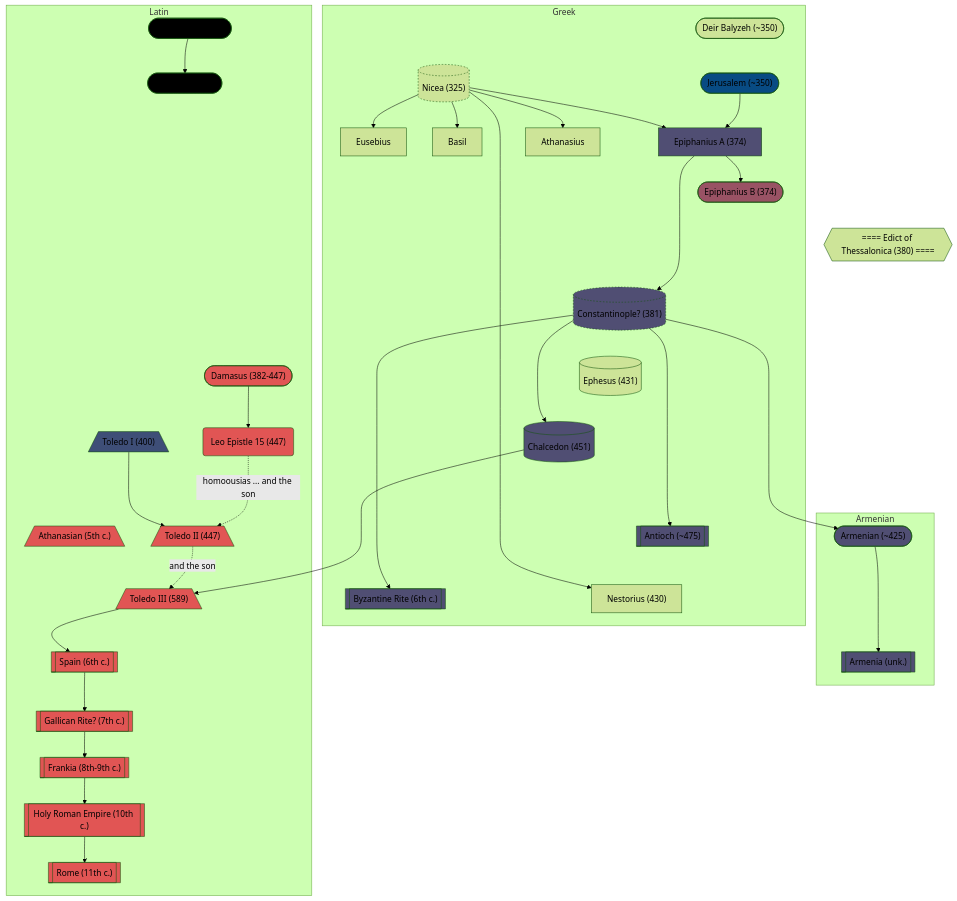
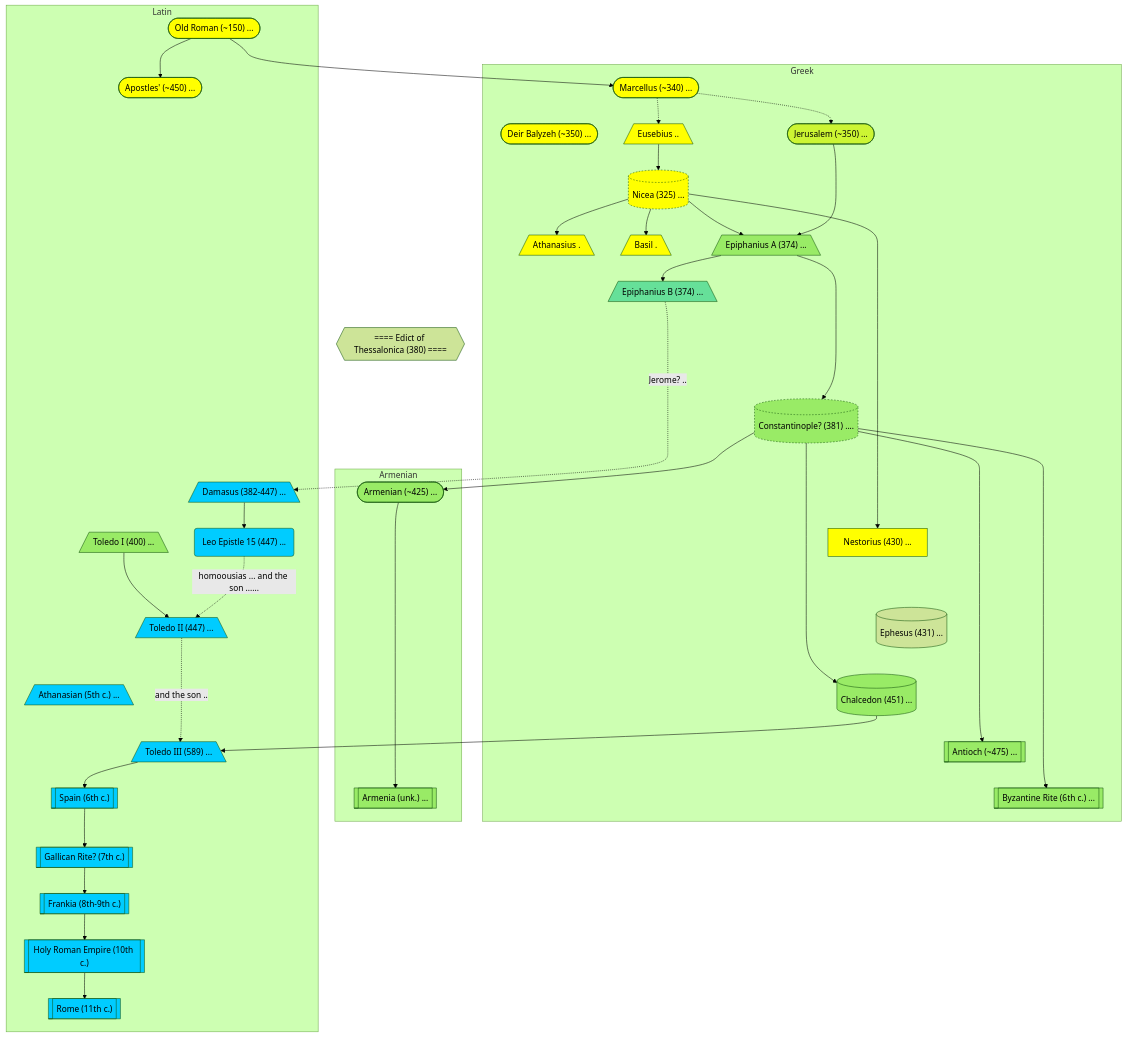
Before and after one commit to npmccallum/filioque: the second of 2 diagrams in README.md, drawn with Mermaid (forest theme). The commit also changed other lines of this file, not shown here.

```diff
--- a/README.md
+++ b/README.md
@@ -44,38 +44,52 @@
     epiphaniusb ~~~ edict
 
     subgraph Greek
-        deirbalyzeh(["Deir Balyzeh (~350)"])
-        deirbalyzeh ~~~ jerusalem
+        marcellus(["Marcellus (~340)    ..."])
+        style marcellus fill:#FFFF00
 
-        jerusalem(["Jerusalem (~350)"])
-        style jerusalem fill:#084B83
+        deirbalyzeh(["Deir Balyzeh (~350)    ..."])
+        style deirbalyzeh fill:#FFFF00
+
+        marcellus ~~~ deirbalyzeh ~~~ marcellus
+
+        jerusalem(["Jerusalem (~350)    ..."])
+        style jerusalem fill:#CCF533
         
-        nicea[("Nicea (325)")]
-        constantinople[("Constantinople? (381)")]
-        ephesus[("Ephesus (431)")]
-        chalcedon[("Chalcedon (451)")]
+        nicea[("Nicea (325)    ...")]
+        constantinople[("Constantinople? (381) ....")]
+        ephesus[("Ephesus (431)    ...")]
+        chalcedon[("Chalcedon (451)    ...")]
         style nicea stroke-dasharray:3
         style constantinople stroke-dasharray:3
-        style constantinople fill:#504E73
-        style chalcedon fill:#504E73
-        style antiochian fill:#504E73
-        style byzantine fill:#504E73
+        style nicea fill:#FFFF00
+        style constantinople fill:#99EB66
+        style chalcedon fill:#99EB66
+        style antiochian fill:#99EB66
+        style byzantine fill:#99EB66
 
-        nestorius["Nestorius (430)"]
-        eusebius["Eusebius"]
-        basil["Basil"]
-        epiphaniusa["Epiphanius A (374)"]
-        epiphaniusb(["Epiphanius B (374)"])
-        athanasius["Athanasius"]
+        nestorius["Nestorius (430)    ..."]
+        eusebius[/"Eusebius    .."\]
+        athanasius[/"Athanasius    ."\]
+        basil[/"Basil    ."\]
+        epiphaniusa[/"Epiphanius A (374)    ..."\]
+        epiphaniusb[/"Epiphanius B (374)    ..."\]
+        style nestorius fill:#FFFF00
+        style eusebius fill:#FFFF00
+        style basil fill:#FFFF00
+        style athanasius fill:#FFFF00
 
-        style epiphaniusa fill:#504E73
-        style epiphaniusb fill:#995264
+        style epiphaniusa fill:#99EB66
+        style epiphaniusb fill:#66E099
 
-        antiochian[["Antioch (~475)"]]
-        byzantine[["Byzantine Rite (6th c.)"]]
+        antiochian[["Antioch (~475)    ..."]]
+        byzantine[["Byzantine Rite (6th c.)    ..."]]
+
+        marcellus -.-> eusebius
+        marcellus -.-> jerusalem
+        eusebius --> nicea
+        jerusalem ~~~ nicea
 
         nicea --> basil
-        nicea --> eusebius
         nicea --> nestorius
         nicea --> athanasius
         nicea --> epiphaniusa
@@ -89,7 +103,7 @@
         constantinople --> antiochian
         constantinople --> byzantine
 
-        ephesus ~~~ nestorius ~~~ ephesus
+        nestorius ~~~ ephesus
 
         ephesus ~~~ chalcedon
         chalcedon ~~~ antiochian
@@ -98,22 +112,22 @@
     end
 
     subgraph Armenian
-        armenian(["Armenian (~425)"])
-        armenia[["Armenia (unk.)"]]
-        style armenian fill:#504E73
-        style armenia fill:#504E73
+        armenian(["Armenian (~425)    ..."])
+        armenia[["Armenia (unk.)    ..."]]
+        style armenian fill:#99EB66
+        style armenia fill:#99EB66
         armenian --> armenia
     end
 
     subgraph Latin
-        oldroman(["Old Roman (~150)"])
-        damasus(["Damasus (382-447)"])
-        leo("Leo Epistle 15 (447)")
-        apostles(["Apostles' (~450)"])
-        toledoa[/"Toledo I (400)"\]
-        toledob[/"Toledo II (447)"\]
-        toledoc[/"Toledo III (589)"\]
-        athanasian[/"Athanasian (5th c.)"\]
+        oldroman(["Old Roman (~150)    ..."])
+        damasus[/"Damasus (382-447)    ..."\]
+        leo("Leo Epistle 15 (447)    ...")
+        apostles(["Apostles' (~450)    ..."])
+        toledoa[/"Toledo I (400)    ..."\]
+        toledob[/"Toledo II (447)    ..."\]
+        toledoc[/"Toledo III (589)    ..."\]
+        athanasian[/"Athanasian (5th c.)    ..."\]
 
         spain[["Spain (6th c.)"]]
         gallican[["Gallican Rite? (7th c.)"]]
@@ -121,30 +135,30 @@
         hre[["Holy Roman Empire (10th c.)"]]
         rome[["Rome (11th c.)"]]
 
-        style oldroman fill:#000
-        style apostles fill:#000
-        style damasus fill:#E15554
-        style leo fill:#E15554
-        style toledoa fill:#3E4E77
-        style toledob fill:#E15554
-        style toledoc fill:#E15554
-        style athanasian fill:#E15554
-        style spain fill:#E15554
-        style gallican fill:#E15554
-        style athanasian fill:#E15554
-        style frankia fill:#E15554
-        style hre fill:#E15554
-        style rome fill:#E15554
+        style oldroman fill:#FFFF00
+        style apostles fill:#FFFF00
+        style damasus fill:#00CCFF
+        style leo fill:#00CCFF
+        style toledoa fill:#99EB66
+        style toledob fill:#00CCFF
+        style toledoc fill:#00CCFF
+        style athanasian fill:#00CCFF
+        style spain fill:#00CCFF
+        style gallican fill:#00CCFF
+        style athanasian fill:#00CCFF
+        style frankia fill:#00CCFF
+        style hre fill:#00CCFF
+        style rome fill:#00CCFF
         
         oldroman --> apostles
         athanasian ~~~ toledoc
 
         toledoa --> toledob
-        toledob -. "and the son" .-> toledoc
+        toledob -. "and the son .." .-> toledoc
         toledoc --> spain
 
         damasus --> leo
-        leo -. "homoousias ... and the son" .-> toledob
+        leo -. "homoousias ... and the son ......" .-> toledob
         oldroman ~~~ nicea
 
         spain --> gallican
@@ -152,6 +166,11 @@
         frankia --> hre
         hre --> rome
     end
+
+    oldroman --> marcellus
+
+
+    epiphaniusb -. "Jerome? .." .-> damasus
 
     constantinople --> armenian
     damasus ~~~ constantinople ~~~ damasus
```
